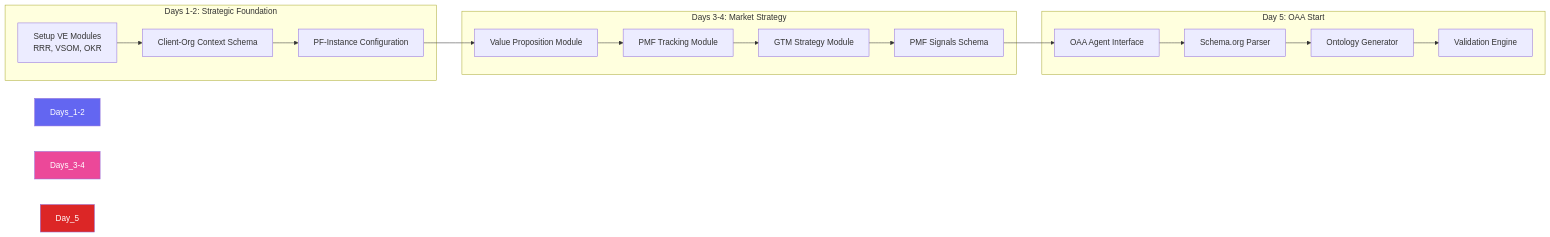
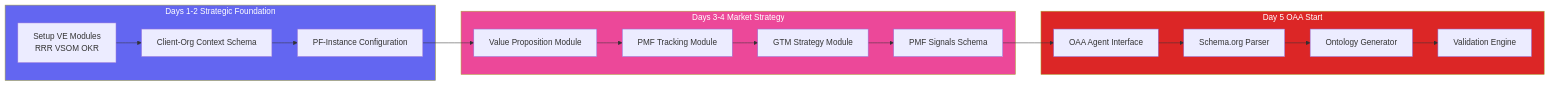
Diagram 11 of 17 in 1 Architecture/0.1 Solution architects/HLD-High-level/HLD_AGENTIC_SOLUTION_TEMPLATE.md (ajrmooreuk/PF-Prototype-Shared), drawn with Mermaid before and after one commit. The commit also changed other lines of this file, not shown here.

First line of the commit message:
docs: Complete mermaid diagram fixes - HLD v1.2.0

````diff
--- a/1 Architecture/0.1 Solution architects/HLD-High-level/HLD_AGENTIC_SOLUTION_TEMPLATE.md
+++ b/1 Architecture/0.1 Solution architects/HLD-High-level/HLD_AGENTIC_SOLUTION_TEMPLATE.md
@@ -652,32 +654,32 @@
 ```mermaid
 graph LR
-    subgraph "Days 1-2: Strategic Foundation"
-        A1[Setup VE Modules<br/>RRR, VSOM, OKR]
-        A2[Client-Org Context Schema]
-        A3[PF-Instance Configuration]
+    subgraph DAYS12["Days 1-2 Strategic Foundation"]
+        A1["Setup VE Modules<br/>RRR VSOM OKR"]
+        A2["Client-Org Context Schema"]
+        A3["PF-Instance Configuration"]
     end
     
-    subgraph "Days 3-4: Market Strategy"
-        B1[Value Proposition Module]
-        B2[PMF Tracking Module]
-        B3[GTM Strategy Module]
-        B4[PMF Signals Schema]
+    subgraph DAYS34["Days 3-4 Market Strategy"]
+        B1["Value Proposition Module"]
+        B2["PMF Tracking Module"]
+        B3["GTM Strategy Module"]
+        B4["PMF Signals Schema"]
     end
     
-    subgraph "Day 5: OAA Start"
-        C1[OAA Agent Interface]
-        C2[Schema.org Parser]
-        C3[Ontology Generator]
-        C4[Validation Engine]
+    subgraph DAY5["Day 5 OAA Start"]
+        C1["OAA Agent Interface"]
+        C2["Schema.org Parser"]
+        C3["Ontology Generator"]
+        C4["Validation Engine"]
     end
     
     A1 --> A2 --> A3
     A3 --> B1
     B1 --> B2 --> B3 --> B4
     B4 --> C1
     C1 --> C2 --> C3 --> C4
     
-    style Days_1-2 fill:#6366F1,color:#fff
-    style Days_3-4 fill:#EC4899,color:#fff
-    style Day_5 fill:#DC2626,color:#fff
+    style DAYS12 fill:#6366F1,color:#fff
+    style DAYS34 fill:#EC4899,color:#fff
+    style DAY5 fill:#DC2626,color:#fff
 ```
````
